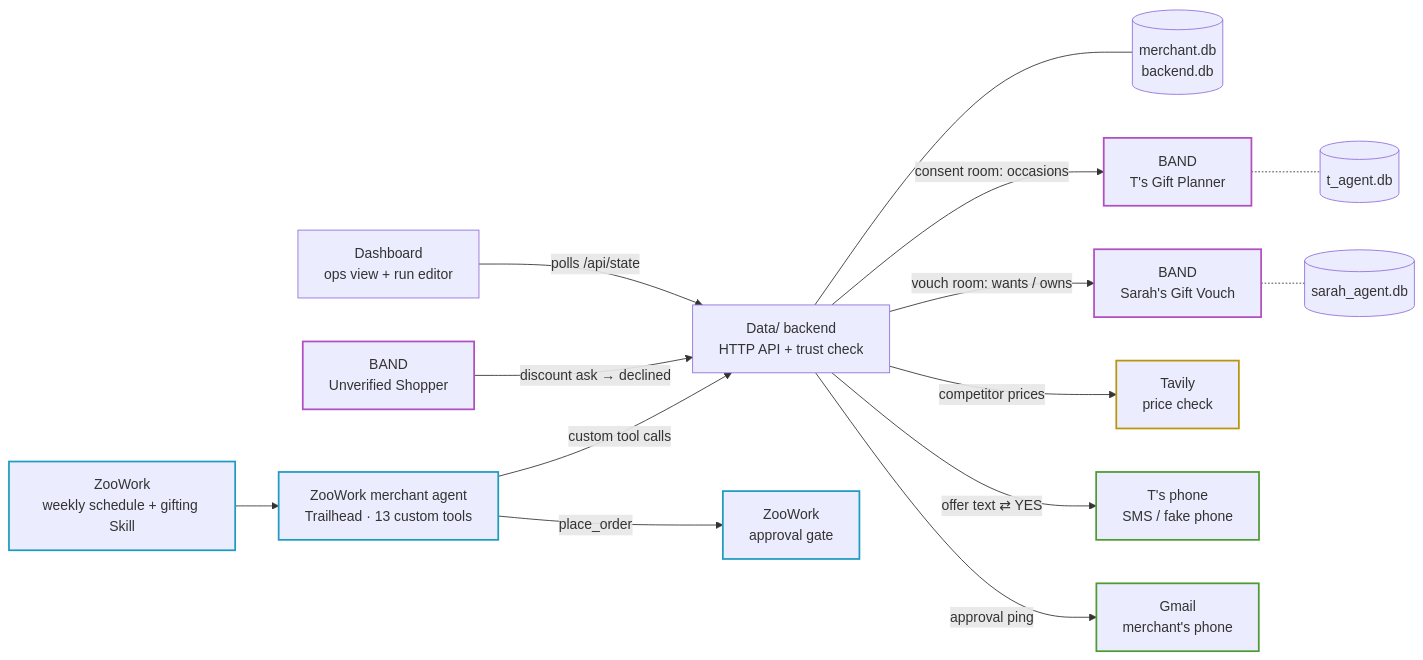
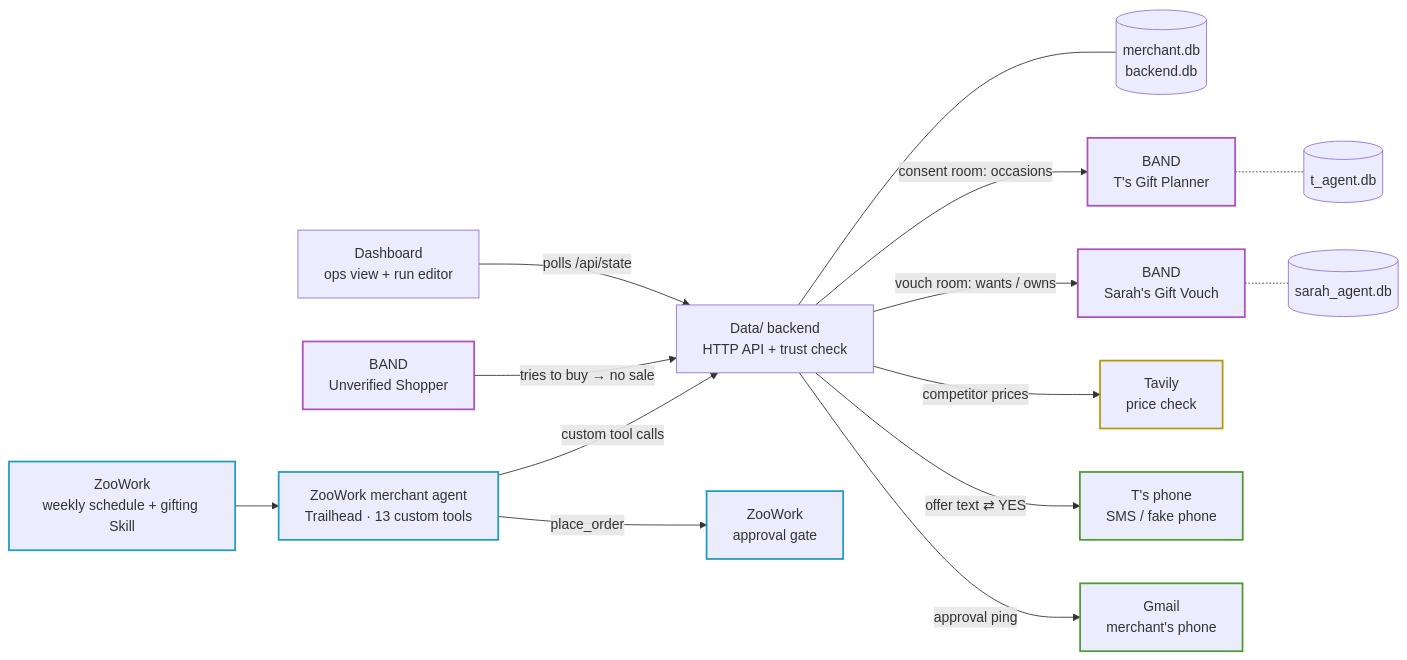
The first of 2 diagrams in README.md (txshah/shopisphere), drawn with Mermaid before and after one commit. The commit also changed other lines of this file and 23 other files, not shown here.

````diff
--- a/README.md
+++ b/README.md
@@ -21,27 +31,27 @@
 ```mermaid
 flowchart LR
   SCHED["ZooWork<br/>weekly schedule + gifting Skill"] --> AGENT["ZooWork merchant agent<br/>Trailhead · 13 custom tools"]
   AGENT -- "custom tool calls" --> API["Data/ backend<br/>HTTP API + trust check"]
   AGENT -- "place_order" --> GATE["ZooWork<br/>approval gate"]
   API --- MDB[("merchant.db<br/>backend.db")]
 
   API -- "consent room: occasions" --> TAG["BAND<br/>T's Gift Planner"]
   TAG -.- TDB[("t_agent.db")]
   API -- "vouch room: wants / owns" --> SAG["BAND<br/>Sarah's Gift Vouch"]
   SAG -.- SDB[("sarah_agent.db")]
-  BOT["BAND<br/>Unverified Shopper"] -- "discount ask → declined" --> API
+  BOT["BAND<br/>Unverified Shopper"] -- "tries to buy → no sale" --> API
 
   API -- "competitor prices" --> TAV["Tavily<br/>price check"]
   API -- "offer text ⇄ YES" --> PHONE["T's phone<br/>SMS / fake phone"]
   API -- "approval ping" --> GMAIL["Gmail<br/>merchant's phone"]
   DASH["Dashboard<br/>ops view + run editor"] -- "polls /api/state" --> API
 
   classDef zoo stroke:#1E9BC0,stroke-width:2px
   classDef band stroke:#B04FC0,stroke-width:2px
   classDef tav stroke:#B8960A,stroke-width:2px
   classDef msg stroke:#4E9A33,stroke-width:2px
   class SCHED,AGENT,GATE zoo
   class TAG,SAG,BOT band
   class TAV tav
   class PHONE,GMAIL msg
 ```
````
